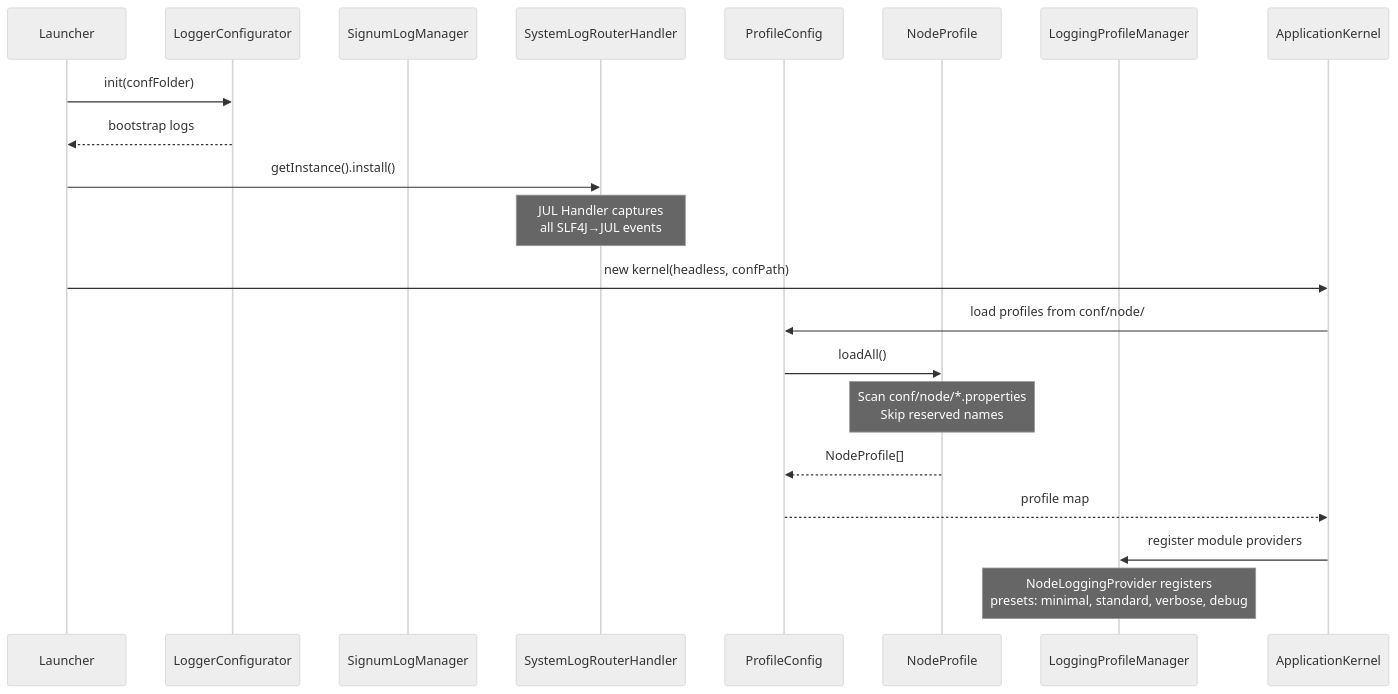
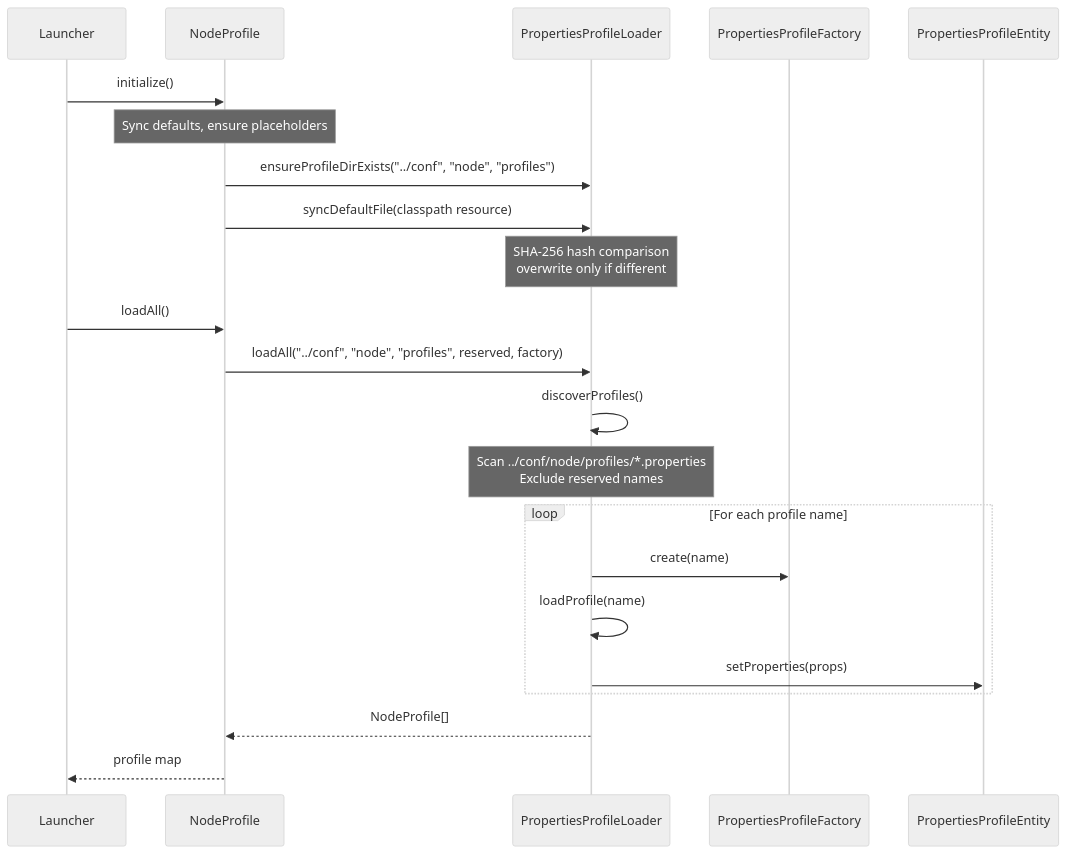
The first of 2 diagrams in doc/modules/node/profile-loading.md (BalazsGit/signum-node), drawn with Mermaid (neutral theme) before and after one commit. The commit also changed other lines of this file and 9 other files, not shown here.

Commit message:
feat: unified PropertiesProfileLoader with ../conf path schema

````diff
--- a/doc/modules/node/profile-loading.md
+++ b/doc/modules/node/profile-loading.md
@@ -21,28 +83,30 @@
 ```mermaid
 sequenceDiagram
     participant Launcher
-    participant LoggerConfigurator
-    participant SignumLogManager
-    participant SystemLogRouterHandler
-    participant ProfileConfig
     participant NodeProfile
-    participant LoggingProfileManager
+    participant PPL as PropertiesProfileLoader
+    participant PPF as PropertiesProfileFactory
+    participant PPE as PropertiesProfileEntity
 
-    Launcher->>LoggerConfigurator: init(confFolder)
-    LoggerConfigurator-->>Launcher: bootstrap logs
+    Launcher->>NodeProfile: initialize()
+    Note over NodeProfile: Sync defaults, ensure placeholders
 
-    Launcher->>SystemLogRouterHandler: getInstance().install()
-    Note over SystemLogRouterHandler: JUL Handler captures<br/>all SLF4J→JUL events
+    NodeProfile->>PPL: ensureProfileDirExists("../conf", "node", "profiles")
+    NodeProfile->>PPL: syncDefaultFile(classpath resource)
+    Note over PPL: SHA-256 hash comparison<br/>overwrite only if different
 
-    Launcher->>ApplicationKernel: new kernel(headless, confPath)
-    ApplicationKernel->>ProfileConfig: load profiles from conf/node/
+    Launcher->>NodeProfile: loadAll()
+    NodeProfile->>PPL: loadAll("../conf", "node", "profiles", reserved, factory)
 
-    ProfileConfig->>NodeProfile: loadAll()
-    Note over NodeProfile: Scan conf/node/*.properties<br/>Skip reserved names
+    PPL->>PPL: discoverProfiles()
+    Note over PPL: Scan ../conf/node/profiles/*.properties<br/>Exclude reserved names
 
-    NodeProfile-->>ProfileConfig: NodeProfile[]
-    ProfileConfig-->>ApplicationKernel: profile map
+    loop For each profile name
+        PPL->>PPF: create(name)
+        PPL->>PPL: loadProfile(name)
+        PPL->>PPE: setProperties(props)
+    end
 
-    ApplicationKernel->>LoggingProfileManager: register module providers
-    Note over LoggingProfileManager: NodeLoggingProvider registers<br/>presets: minimal, standard, verbose, debug
+    PPL-->>NodeProfile: NodeProfile[]
+    NodeProfile-->>Launcher: profile map
 ```
````
